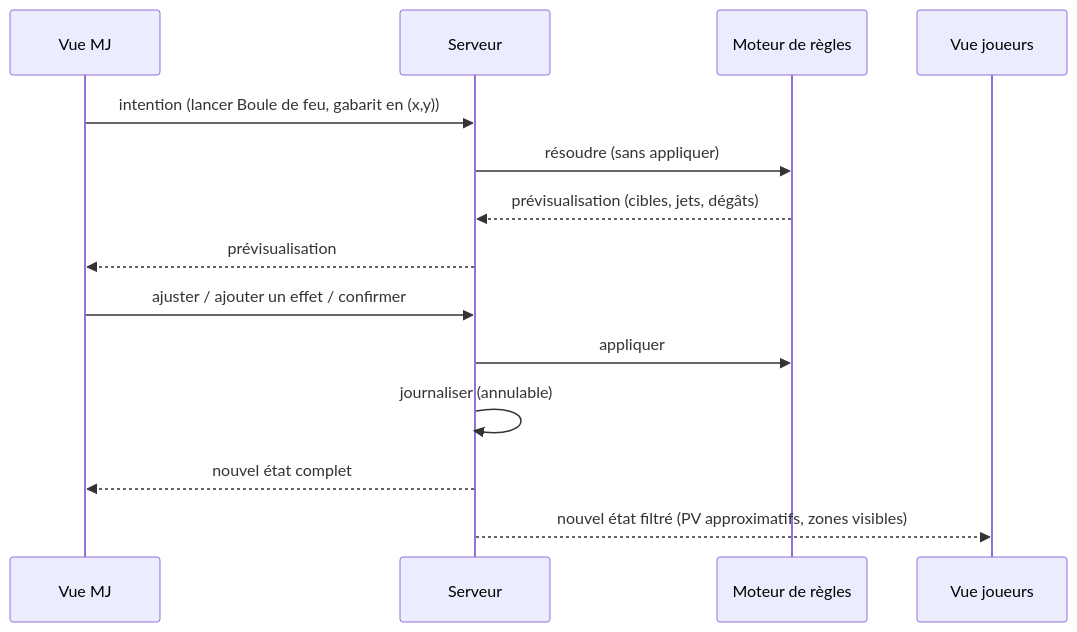
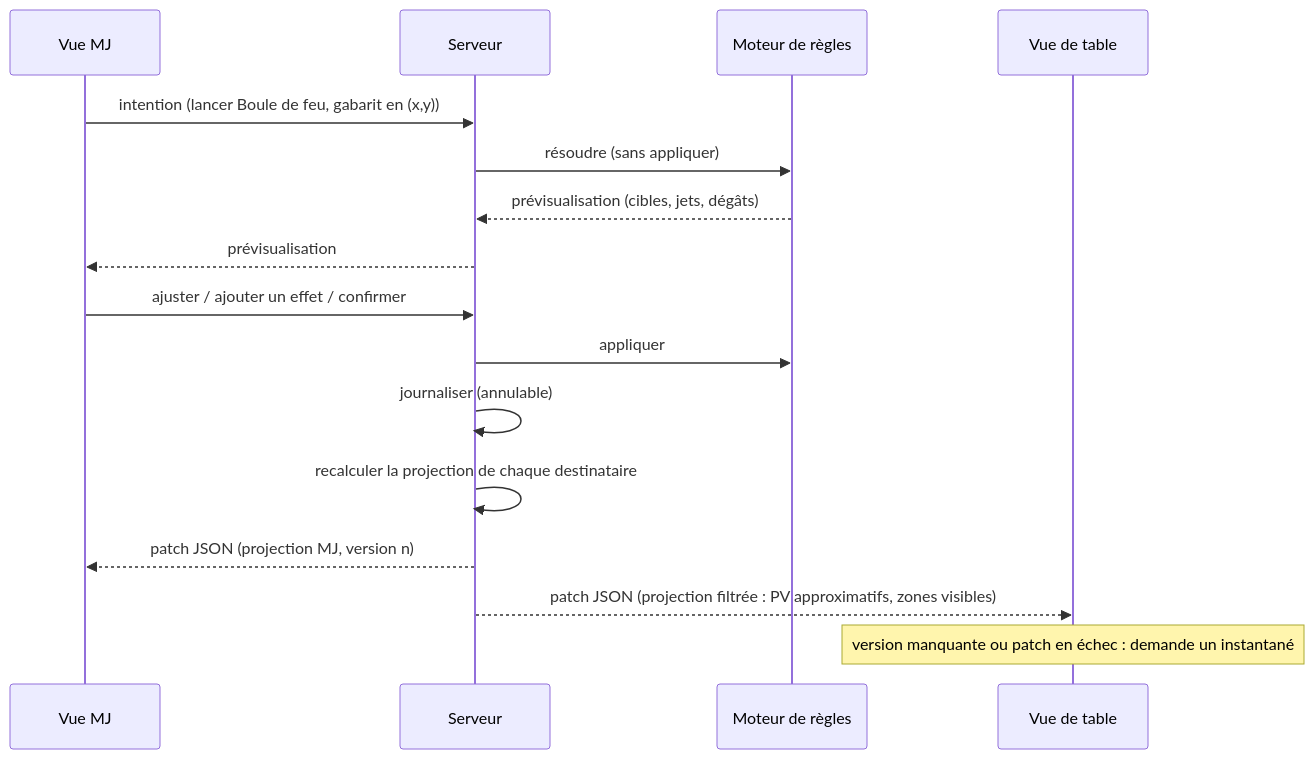
Before and after one commit to epiquest-dnd/EpiQuest-DnDiscombobulate: the third of 5 diagrams in docs/technique/architecture.md, drawn with Mermaid. The commit also changed other lines of this file, not shown here.

First line of the commit message:
docs(infra): compléter le schéma d'architecture avec la stack retenue

````diff
--- a/docs/technique/architecture.md
+++ b/docs/technique/architecture.md
@@ -66,16 +75,18 @@
 ```mermaid
 sequenceDiagram
     participant MJ as Vue MJ
     participant S as Serveur
     participant E as Moteur de règles
-    participant VJ as Vue joueurs
+    participant VJ as Vue de table
     MJ->>S: intention (lancer Boule de feu, gabarit en (x,y))
     S->>E: résoudre (sans appliquer)
     E-->>S: prévisualisation (cibles, jets, dégâts)
     S-->>MJ: prévisualisation
     MJ->>S: ajuster / ajouter un effet / confirmer
     S->>E: appliquer
     S->>S: journaliser (annulable)
-    S-->>MJ: nouvel état complet
-    S-->>VJ: nouvel état filtré (PV approximatifs, zones visibles)
+    S->>S: recalculer la projection de chaque destinataire
+    S-->>MJ: patch JSON (projection MJ, version n)
+    S-->>VJ: patch JSON (projection filtrée : PV approximatifs, zones visibles)
+    Note over VJ: version manquante ou patch en échec : demande un instantané
 ```
````
